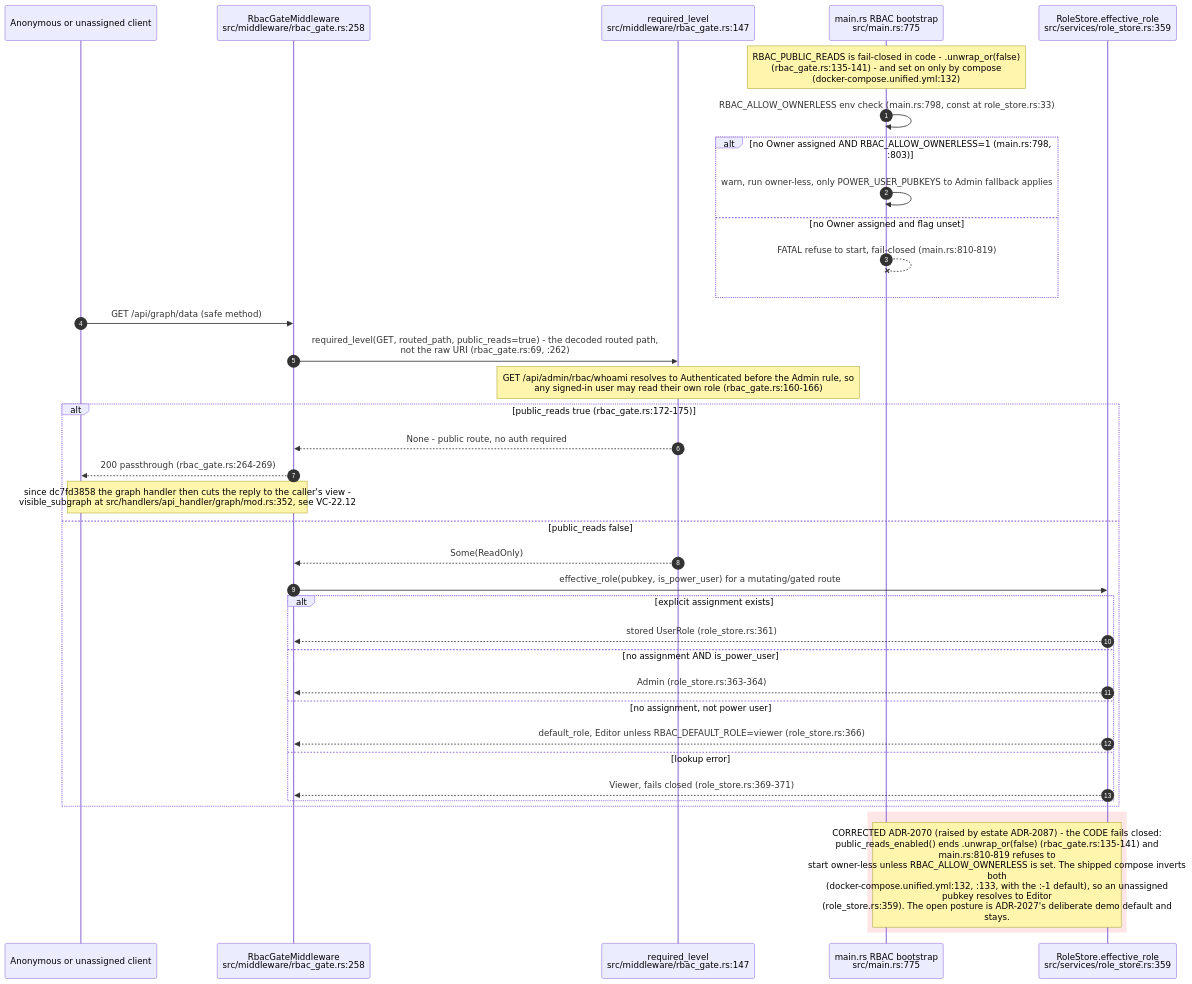
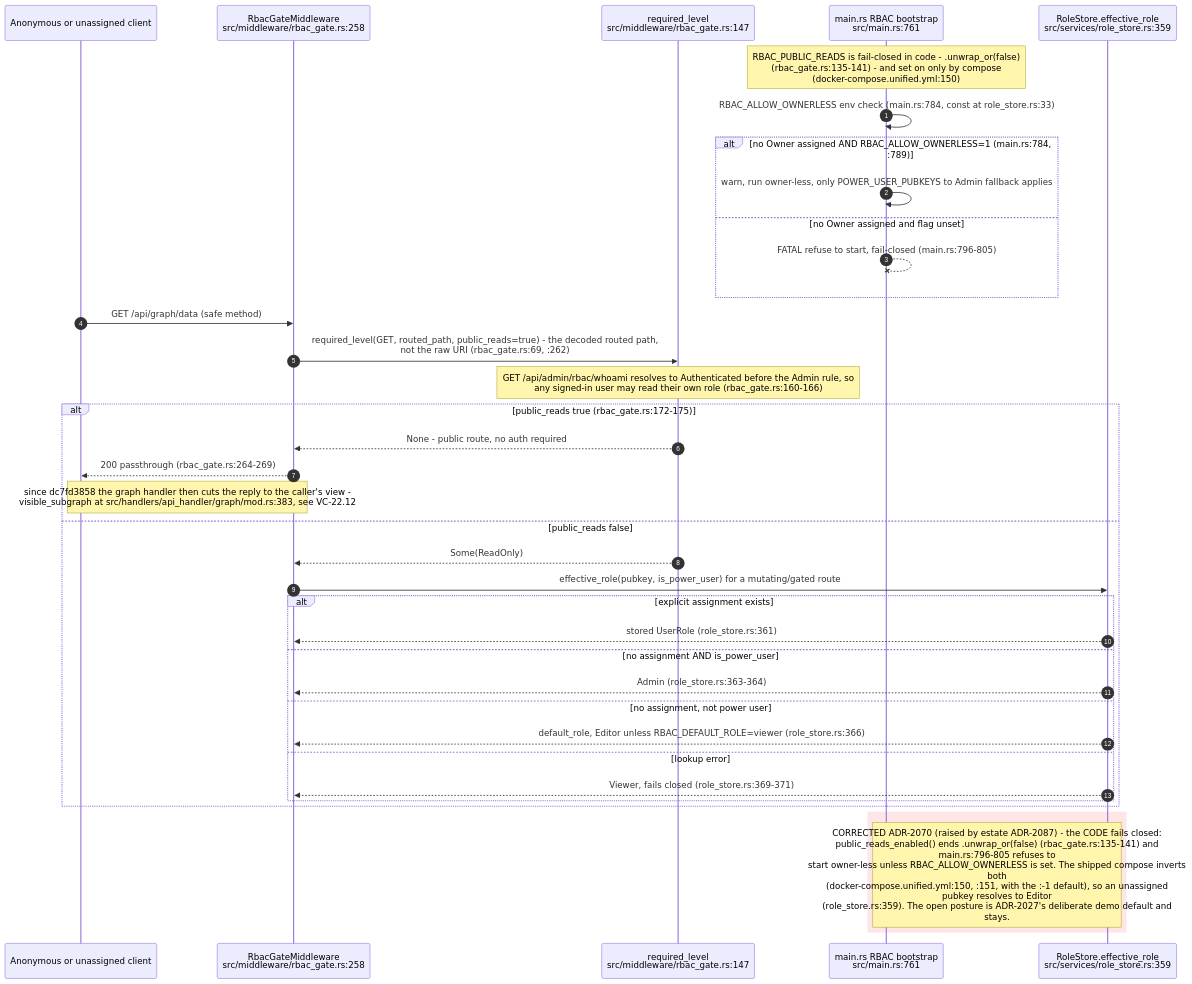
Before and after one commit to DreamLab-AI/VisionFlow: the ninth of 14 diagrams in docs/diagrams/visionclaw/22-data-authority-provenance-erasure.md, drawn with Mermaid. The commit also changed other lines of this file and 7 other files, not shown here.

````diff
--- a/docs/diagrams/visionclaw/22-data-authority-provenance-erasure.md
+++ b/docs/diagrams/visionclaw/22-data-authority-provenance-erasure.md
@@ -409,40 +412,40 @@
 ```mermaid
 sequenceDiagram
     autonumber
     participant C as Anonymous or unassigned client
     participant GATE as RbacGateMiddleware<br/>src/middleware/rbac_gate.rs:258
     participant REQ as required_level<br/>src/middleware/rbac_gate.rs:147
-    participant BOOT as main.rs RBAC bootstrap<br/>src/main.rs:775
+    participant BOOT as main.rs RBAC bootstrap<br/>src/main.rs:761
     participant RS as RoleStore.effective_role<br/>src/services/role_store.rs:359
 
-    Note over BOOT: RBAC_PUBLIC_READS is fail-closed in code - .unwrap_or(false)<br/>(rbac_gate.rs:135-141) - and set on only by compose<br/>(docker-compose.unified.yml:132)
-    BOOT->>BOOT: RBAC_ALLOW_OWNERLESS env check (main.rs:798, const at role_store.rs:33)
-    alt no Owner assigned AND RBAC_ALLOW_OWNERLESS=1 (main.rs:798, :803)
+    Note over BOOT: RBAC_PUBLIC_READS is fail-closed in code - .unwrap_or(false)<br/>(rbac_gate.rs:135-141) - and set on only by compose<br/>(docker-compose.unified.yml:150)
+    BOOT->>BOOT: RBAC_ALLOW_OWNERLESS env check (main.rs:784, const at role_store.rs:33)
+    alt no Owner assigned AND RBAC_ALLOW_OWNERLESS=1 (main.rs:784, :789)
         BOOT->>BOOT: warn, run owner-less, only POWER_USER_PUBKEYS to Admin fallback applies
     else no Owner assigned and flag unset
-        BOOT--xBOOT: FATAL refuse to start, fail-closed (main.rs:810-819)
+        BOOT--xBOOT: FATAL refuse to start, fail-closed (main.rs:796-805)
     end
     C->>GATE: GET /api/graph/data (safe method)
     GATE->>REQ: required_level(GET, routed_path, public_reads=true) - the decoded routed path,<br/>not the raw URI (rbac_gate.rs:69, :262)
     Note over REQ: GET /api/admin/rbac/whoami resolves to Authenticated before the Admin rule, so<br/>any signed-in user may read their own role (rbac_gate.rs:160-166)
     alt public_reads true (rbac_gate.rs:172-175)
         REQ-->>GATE: None - public route, no auth required
         GATE-->>C: 200 passthrough (rbac_gate.rs:264-269)
-        Note over C,GATE: since dc7fd3858 the graph handler then cuts the reply to the caller's view -<br/>visible_subgraph at src/handlers/api_handler/graph/mod.rs:352, see VC-22.12
+        Note over C,GATE: since dc7fd3858 the graph handler then cuts the reply to the caller's view -<br/>visible_subgraph at src/handlers/api_handler/graph/mod.rs:383, see VC-22.12
     else public_reads false
         REQ-->>GATE: Some(ReadOnly)
         GATE->>RS: effective_role(pubkey, is_power_user) for a mutating/gated route
         alt explicit assignment exists
             RS-->>GATE: stored UserRole (role_store.rs:361)
         else no assignment AND is_power_user
             RS-->>GATE: Admin (role_store.rs:363-364)
         else no assignment, not power user
             RS-->>GATE: default_role, Editor unless RBAC_DEFAULT_ROLE=viewer (role_store.rs:366)
         else lookup error
             RS-->>GATE: Viewer, fails closed (role_store.rs:369-371)
         end
     end
     rect rgb(255, 230, 230)
-    Note over BOOT,RS: CORRECTED ADR-2070 (raised by estate ADR-2087) - the CODE fails closed:<br/>public_reads_enabled() ends .unwrap_or(false) (rbac_gate.rs:135-141) and<br/>main.rs:810-819 refuses to<br/>start owner-less unless RBAC_ALLOW_OWNERLESS is set. The shipped compose inverts<br/>both<br/>(docker-compose.unified.yml:132, :133, with the :-1 default), so an unassigned<br/>pubkey resolves to Editor<br/>(role_store.rs:359). The open posture is ADR-2027's deliberate demo default and<br/>stays.
+    Note over BOOT,RS: CORRECTED ADR-2070 (raised by estate ADR-2087) - the CODE fails closed:<br/>public_reads_enabled() ends .unwrap_or(false) (rbac_gate.rs:135-141) and<br/>main.rs:796-805 refuses to<br/>start owner-less unless RBAC_ALLOW_OWNERLESS is set. The shipped compose inverts<br/>both<br/>(docker-compose.unified.yml:150, :151, with the :-1 default), so an unassigned<br/>pubkey resolves to Editor<br/>(role_store.rs:359). The open posture is ADR-2027's deliberate demo default and<br/>stays.
     end
 ```
````
